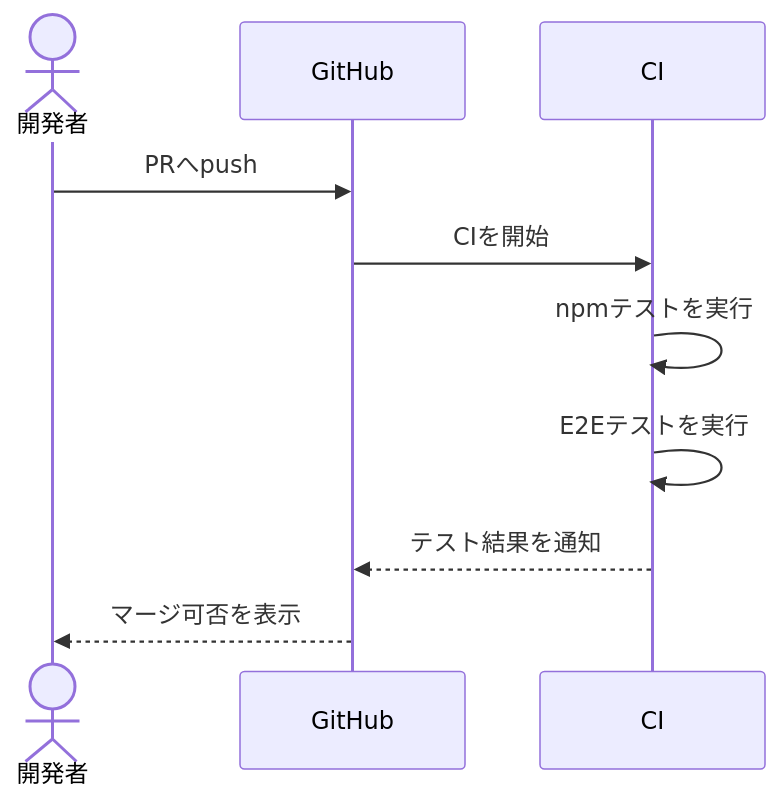
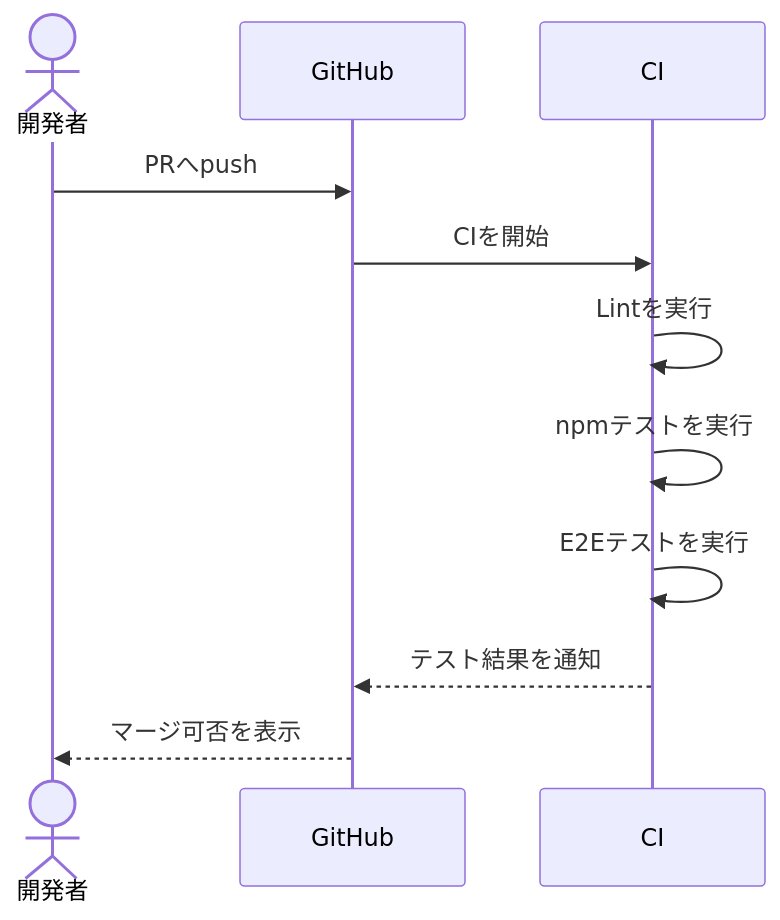
One commit to yuuya-1205/selfsketch-web changed the second of 2 diagrams in docs/design/ci.md. Above: the diagram before and after it, drawn with Mermaid. The commit also changed other lines of this file, not shown here.

````diff
--- a/docs/design/ci.md
+++ b/docs/design/ci.md
@@ -26,13 +27,14 @@
 ```mermaid
 sequenceDiagram
    actor 開発者
    participant GitHub
    participant CI
 
    開発者->>GitHub: PRへpush
    GitHub->>CI: CIを開始
+   CI->>CI: Lintを実行
    CI->>CI: npmテストを実行
    CI->>CI: E2Eテストを実行
    CI-->>GitHub: テスト結果を通知
    GitHub-->>開発者: マージ可否を表示
 ```
````
